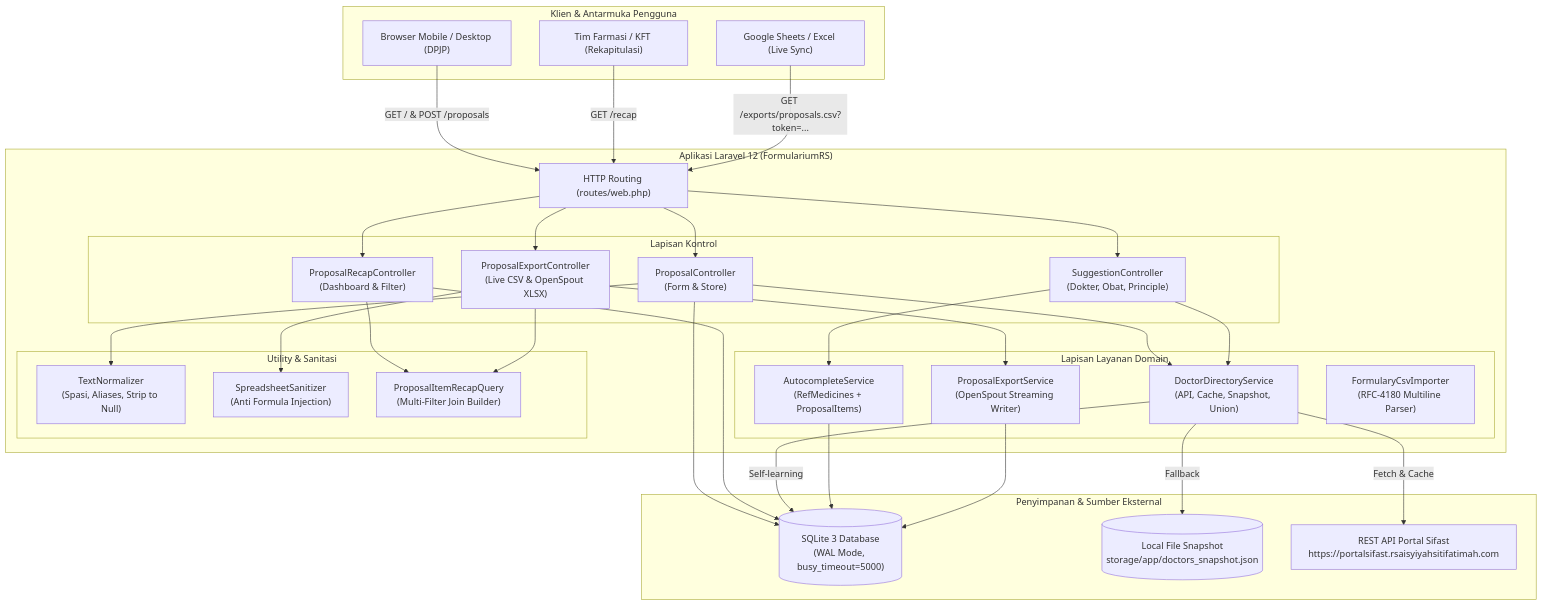
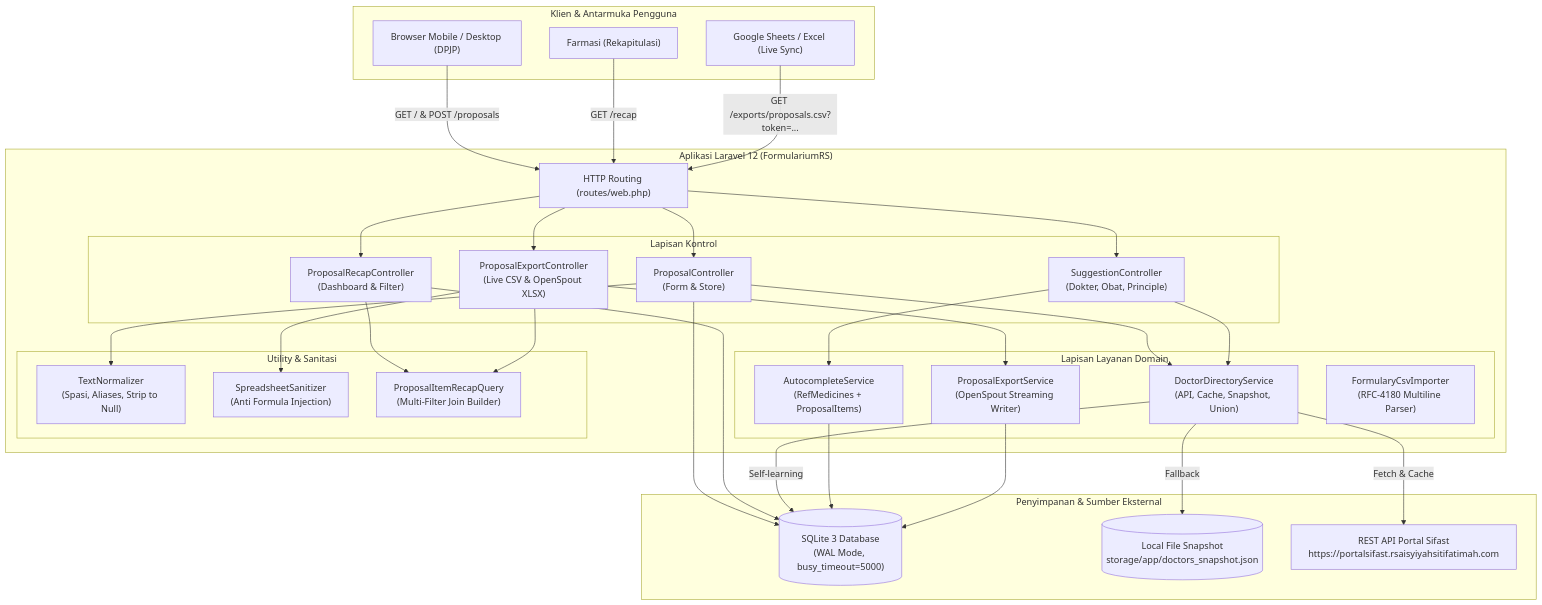
One commit to adi-jaya/hospital-formulary-drug-proposal-system changed the first of 2 diagrams in docs/DOKUMENTASI_SISTEM.md. Above: the diagram before and after it, drawn with Mermaid. The commit also changed other lines of this file and 5 other files, not shown here.

Commit message:
docs(refactor): replace KFT and Komite Farmasi dan Terapi with Farmasi

````diff
--- a/docs/DOKUMENTASI_SISTEM.md
+++ b/docs/DOKUMENTASI_SISTEM.md
@@ -33,55 +33,55 @@
 ```mermaid
 flowchart TD
     subgraph Klien["Klien & Antarmuka Pengguna"]
         Mobile["Browser Mobile / Desktop (DPJP)"]
-        KFT["Tim Farmasi / KFT (Rekapitulasi)"]
+        FarmasiNode["Farmasi (Rekapitulasi)"]
         Sheets["Google Sheets / Excel (Live Sync)"]
     end
 
     subgraph AppLayer["Aplikasi Laravel 12 (FormulariumRS)"]
         Router["HTTP Routing (routes/web.php)"]
         
         subgraph Controllers["Lapisan Kontrol"]
             PropCtrl["ProposalController\n(Form & Store)"]
             RecapCtrl["ProposalRecapController\n(Dashboard & Filter)"]
             SuggCtrl["SuggestionController\n(Dokter, Obat, Principle)"]
             ExpCtrl["ProposalExportController\n(Live CSV & OpenSpout XLSX)"]
         end
 
         subgraph Services["Lapisan Layanan Domain"]
             DocService["DoctorDirectoryService\n(API, Cache, Snapshot, Union)"]
             AutoService["AutocompleteService\n(RefMedicines + ProposalItems)"]
             ExpService["ProposalExportService\n(OpenSpout Streaming Writer)"]
             CsvImporter["FormularyCsvImporter\n(RFC-4180 Multiline Parser)"]
         end
 
         subgraph Support["Utility & Sanitasi"]
             Normalizer["TextNormalizer\n(Spasi, Aliases, Strip to Null)"]
             Sanitizer["SpreadsheetSanitizer\n(Anti Formula Injection)"]
             RecapQuery["ProposalItemRecapQuery\n(Multi-Filter Join Builder)"]
         end
     end
 
     subgraph DataLayer["Penyimpanan & Sumber Eksternal"]
         SQLite[("SQLite 3 Database\n(WAL Mode, busy_timeout=5000)")]
         LocalSnap[("Local File Snapshot\nstorage/app/doctors_snapshot.json")]
         PortalAPI["REST API Portal Sifast\nhttps://portalsifast.rsaisyiyahsitifatimah.com"]
     end
 
     Mobile -->|GET / & POST /proposals| Router
-    KFT -->|GET /recap| Router
+    FarmasiNode -->|GET /recap| Router
     Sheets -->|GET /exports/proposals.csv?token=...| Router
 
     Router --> PropCtrl & RecapCtrl & SuggCtrl & ExpCtrl
 
     PropCtrl --> DocService & Normalizer & SQLite
     RecapCtrl --> RecapQuery & SQLite
     SuggCtrl --> DocService & AutoService
     ExpCtrl --> ExpService & Sanitizer & RecapQuery
 
     DocService -->|Fetch & Cache| PortalAPI
     DocService -->|Fallback| LocalSnap
     DocService -->|Self-learning| SQLite
     AutoService --> SQLite
     ExpService --> SQLite
 ```
````
